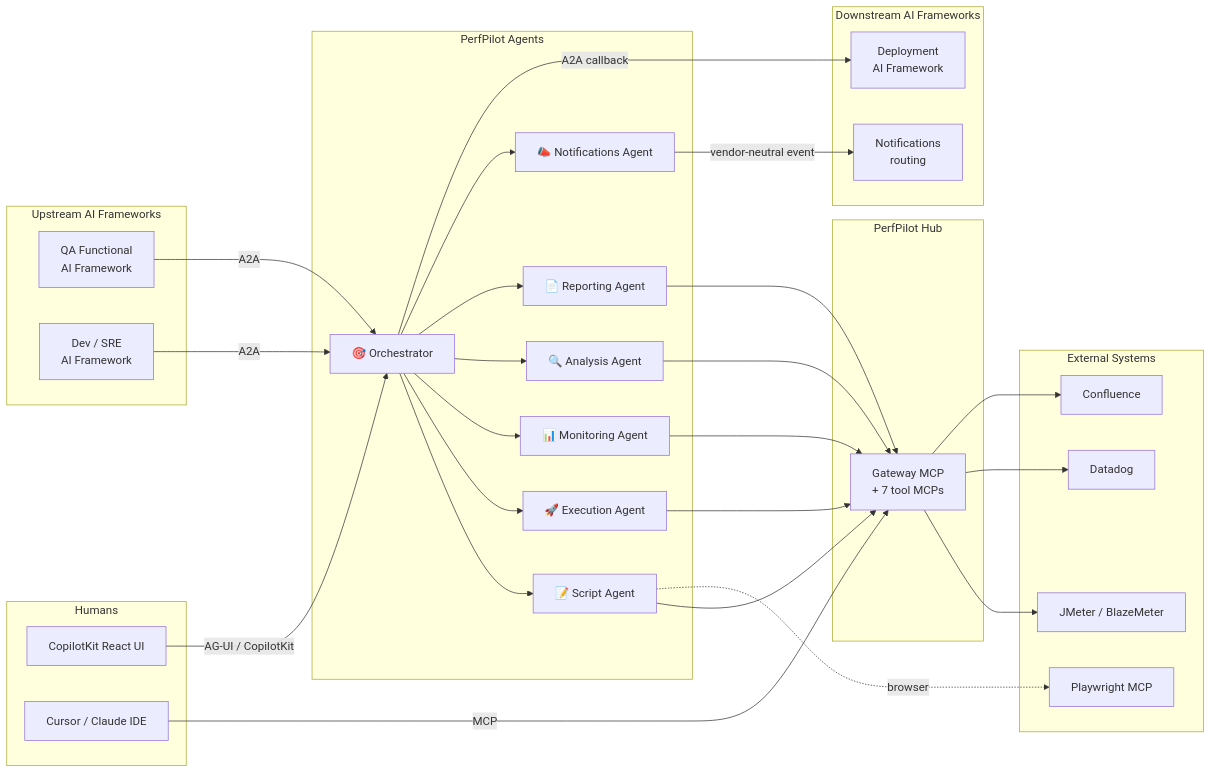
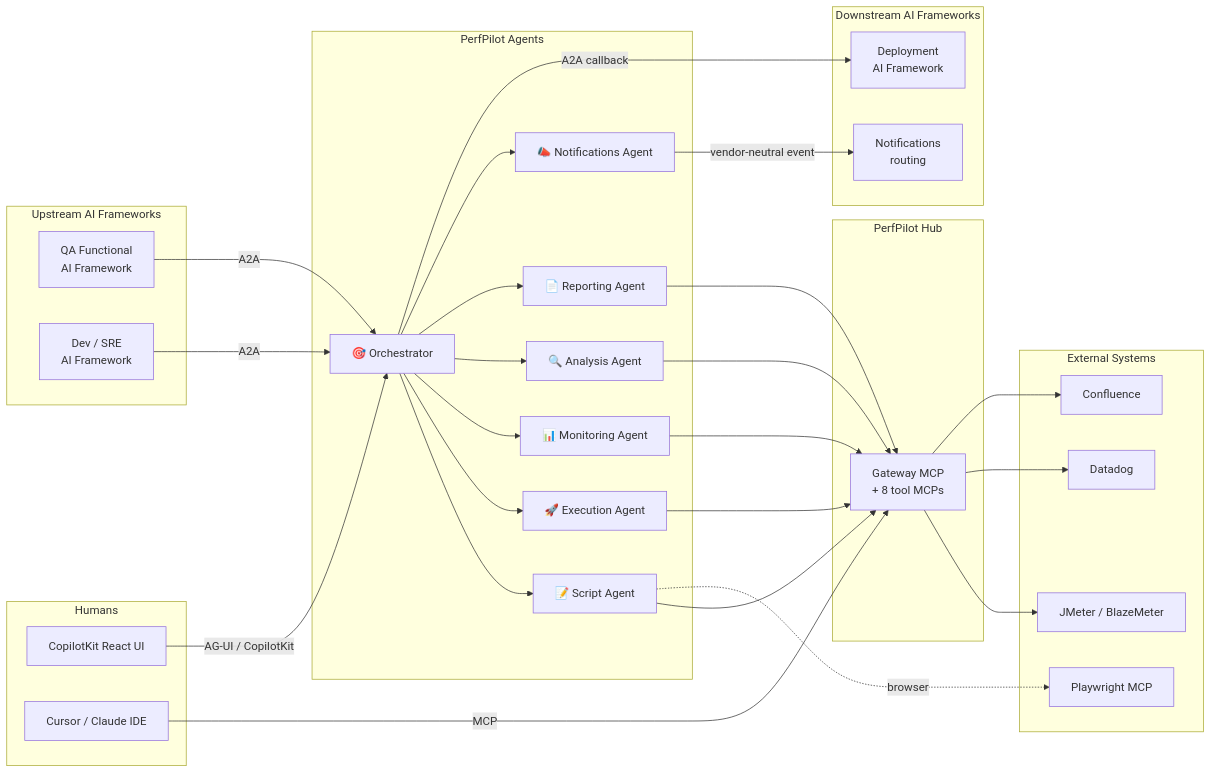
Before and after one commit to canyonlabz/perfpilot-hub: the first of 2 diagrams in agent-framework/README.md, drawn with Mermaid. The commit also changed other lines of this file and 15 other files, not shown here.

````diff
--- a/agent-framework/README.md
+++ b/agent-framework/README.md
@@ -82,64 +82,64 @@
 ```mermaid
 flowchart LR
     subgraph upstream [Upstream AI Frameworks]
         QA[QA Functional<br/>AI Framework]
         DEV[Dev / SRE<br/>AI Framework]
     end
 
     subgraph humans [Humans]
         UI[CopilotKit React UI]
         IDE[Cursor / Claude IDE]
     end
 
     subgraph perfpilot [PerfPilot Agents]
         ORCH[🎯 Orchestrator]
         SCRIPT[📝 Script Agent]
         EXEC[🚀 Execution Agent]
         MON[📊 Monitoring Agent]
         ANA[🔍 Analysis Agent]
         REP[📄 Reporting Agent]
         NOTIF[📣 Notifications Agent]
     end
 
     subgraph hub [PerfPilot Hub]
-        GW[Gateway MCP<br/>+ 7 tool MCPs]
+        GW[Gateway MCP<br/>+ 8 tool MCPs]
     end
 
     subgraph backends [External Systems]
         JM[JMeter / BlazeMeter]
         DD[Datadog]
         CONF[Confluence]
         PW[Playwright MCP]
     end
 
     subgraph downstream [Downstream AI Frameworks]
         DEPLOY[Deployment<br/>AI Framework]
         ALERT[Notifications<br/>routing]
     end
 
     QA -- A2A --> ORCH
     DEV -- A2A --> ORCH
     UI -- AG-UI / CopilotKit --> ORCH
     IDE -- MCP --> GW
 
     ORCH --> SCRIPT
     ORCH --> EXEC
     ORCH --> MON
     ORCH --> ANA
     ORCH --> REP
     ORCH --> NOTIF
 
     SCRIPT --> GW
     EXEC --> GW
     MON --> GW
     ANA --> GW
     REP --> GW
 
     SCRIPT -. browser .-> PW
     GW --> JM
     GW --> DD
     GW --> CONF
 
     ORCH -- A2A callback --> DEPLOY
     NOTIF -- vendor-neutral event --> ALERT
 ```
````
